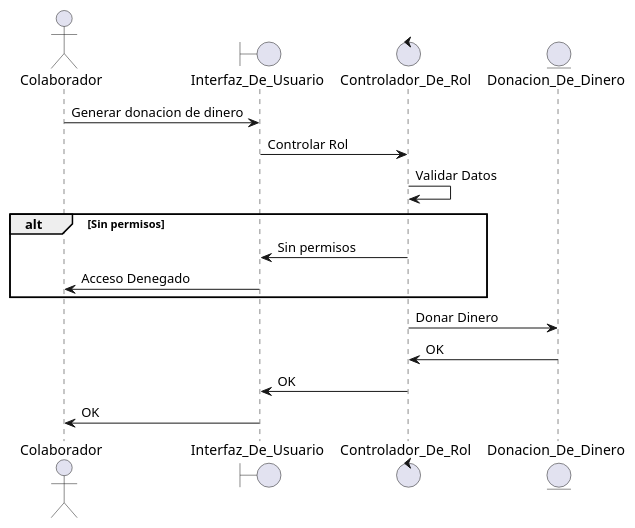
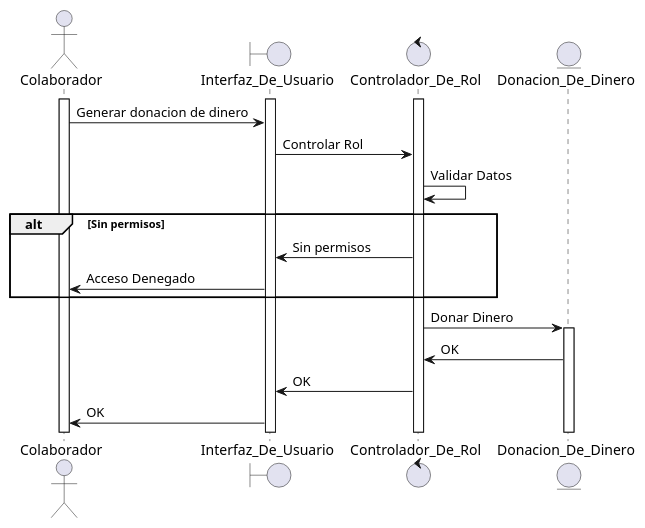
Before and after one commit to JBDelupi/TPs---DDS: the diagram in UMLs/DonarDinero.puml, drawn with PlantUML.

Commit message:
Arreglo Donar Dinero

```diff
--- a/UMLs/DonarDinero.puml
+++ b/UMLs/DonarDinero.puml
@@ -1,22 +1,27 @@
 @startuml GenerarDonacionDeDinero
 actor Colaborador
 boundary Interfaz_De_Usuario
 control Controlador_De_Rol
 entity Donacion_De_Dinero
 
+activate Colaborador
+activate Interfaz_De_Usuario
+activate Controlador_De_Rol
 Colaborador->Interfaz_De_Usuario: Generar donacion de dinero
 
 Interfaz_De_Usuario->Controlador_De_Rol: Controlar Rol
 Controlador_De_Rol->Controlador_De_Rol: Validar Datos
 
 
 alt Sin permisos
     Controlador_De_Rol->Interfaz_De_Usuario: Sin permisos
     Interfaz_De_Usuario->Colaborador: Acceso Denegado
 end
 
 Controlador_De_Rol->Donacion_De_Dinero: Donar Dinero
+activate Donacion_De_Dinero
 Donacion_De_Dinero->Controlador_De_Rol: OK
 Controlador_De_Rol->Interfaz_De_Usuario: OK
 Interfaz_De_Usuario->Colaborador: OK
+
 @enduml
```
